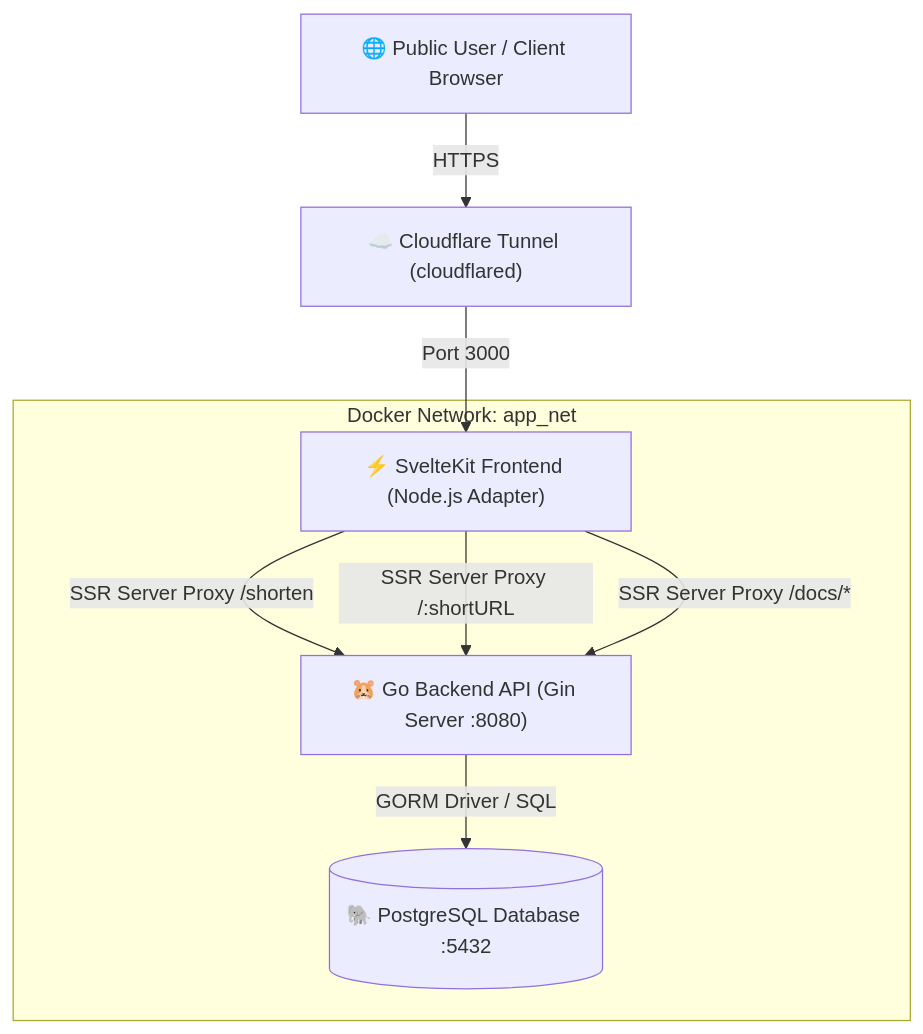
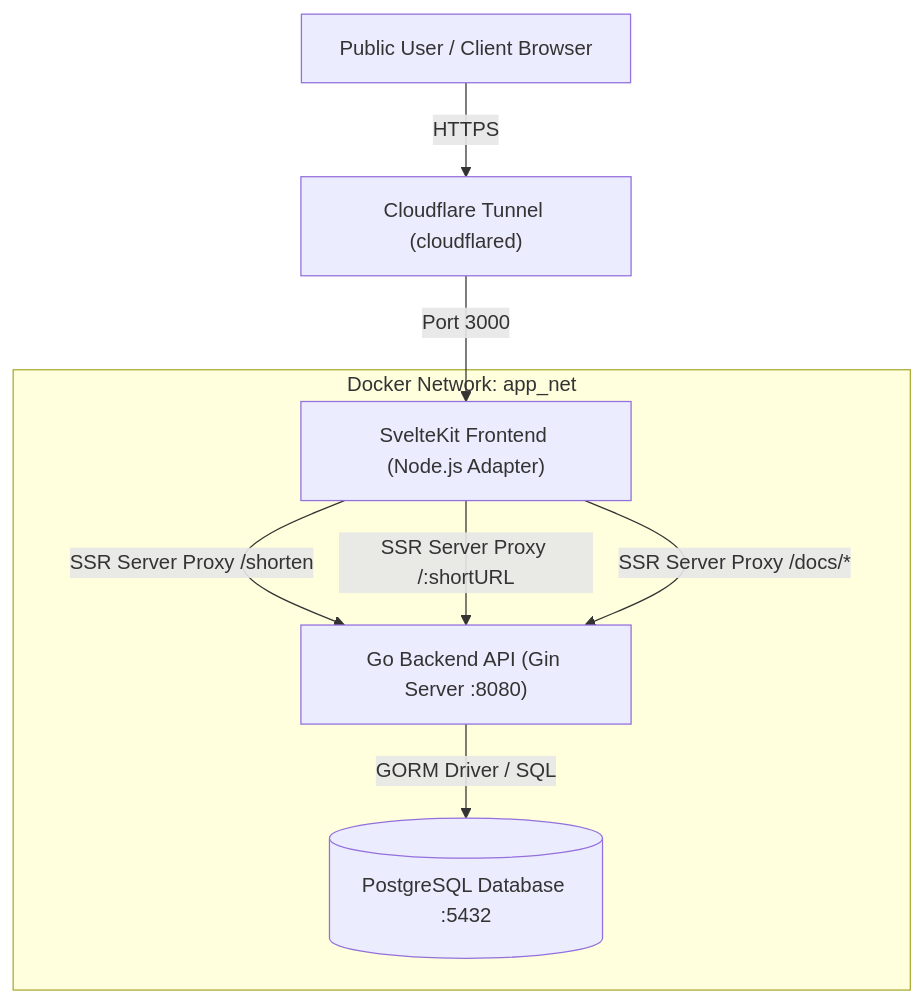
One commit to Bukharney/Bukshort changed the first of 2 diagrams in README.md. Above: the diagram before and after it, drawn with Mermaid. The commit also changed other lines of this file, not shown here.

Commit message:
fix(docs): clean up Mermaid syntax so GitHub renders diagrams properly

````diff
--- a/README.md
+++ b/README.md
@@ -17,12 +17,12 @@
 ```mermaid
 graph TD
-    User["🌐 Public User / Client Browser"] -->|HTTPS| CF["☁️ Cloudflare Tunnel (cloudflared)"]
-    CF -->|Port 3000| FE["⚡ SvelteKit Frontend (Node.js Adapter)"]
+    User["Public User / Client Browser"] -->|HTTPS| CF["Cloudflare Tunnel (cloudflared)"]
+    CF -->|Port 3000| FE["SvelteKit Frontend (Node.js Adapter)"]
     
     subgraph Docker Network: app_net
-        FE -->|SSR Server Proxy /shorten| BE["🐹 Go Backend API (Gin Server :8080)"]
+        FE -->|SSR Server Proxy /shorten| BE["Go Backend API (Gin Server :8080)"]
         FE -->|SSR Server Proxy /:shortURL| BE
         FE -->|SSR Server Proxy /docs/*| BE
-        BE -->|GORM Driver / SQL| DB[("🐘 PostgreSQL Database :5432")]
+        BE -->|GORM Driver / SQL| DB[("PostgreSQL Database :5432")]
     end
 ```
````
